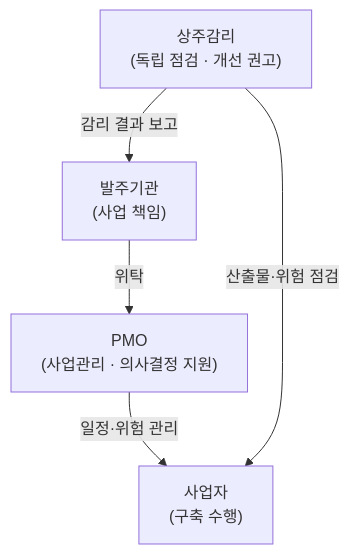
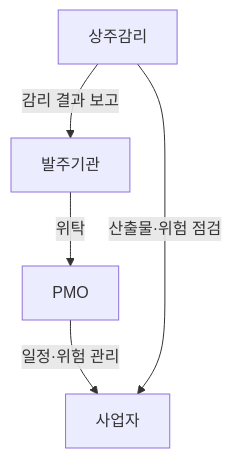
One commit to agnusdei1207/study changed the third of 6 diagrams in src/content/docs/notes/itpe/01-it-strategy/008_it_audit.md. Above: the diagram before and after it, drawn with Mermaid. The commit also changed other lines of this file and 19 other files, not shown here.

````diff
--- a/src/content/docs/notes/itpe/01-it-strategy/008_it_audit.md
+++ b/src/content/docs/notes/itpe/01-it-strategy/008_it_audit.md
@@ -97,12 +100,12 @@
 ```mermaid
 flowchart TD
-    PO["발주기관<br/>(사업 책임)"]
-    PMO["PMO<br/>(사업관리 · 의사결정 지원)"]
-    AUDIT["상주감리<br/>(독립 점검 · 개선 권고)"]
-    DEV["사업자<br/>(구축 수행)"]
+    PO["발주기관"]
+    PMO["PMO"]
+    AUDIT["상주감리"]
+    DEV["사업자"]
 
     PO -->|위탁| PMO
-    AUDIT -->|감리 결과 보고| PO
-    PMO -->|일정·위험 관리| DEV
-    AUDIT -->|산출물·위험 점검| DEV
+    AUDIT -->|"감리 결과 보고"| PO
+    PMO -->|"일정·위험 관리"| DEV
+    AUDIT -->|"산출물·위험 점검"| DEV
 ```
````
